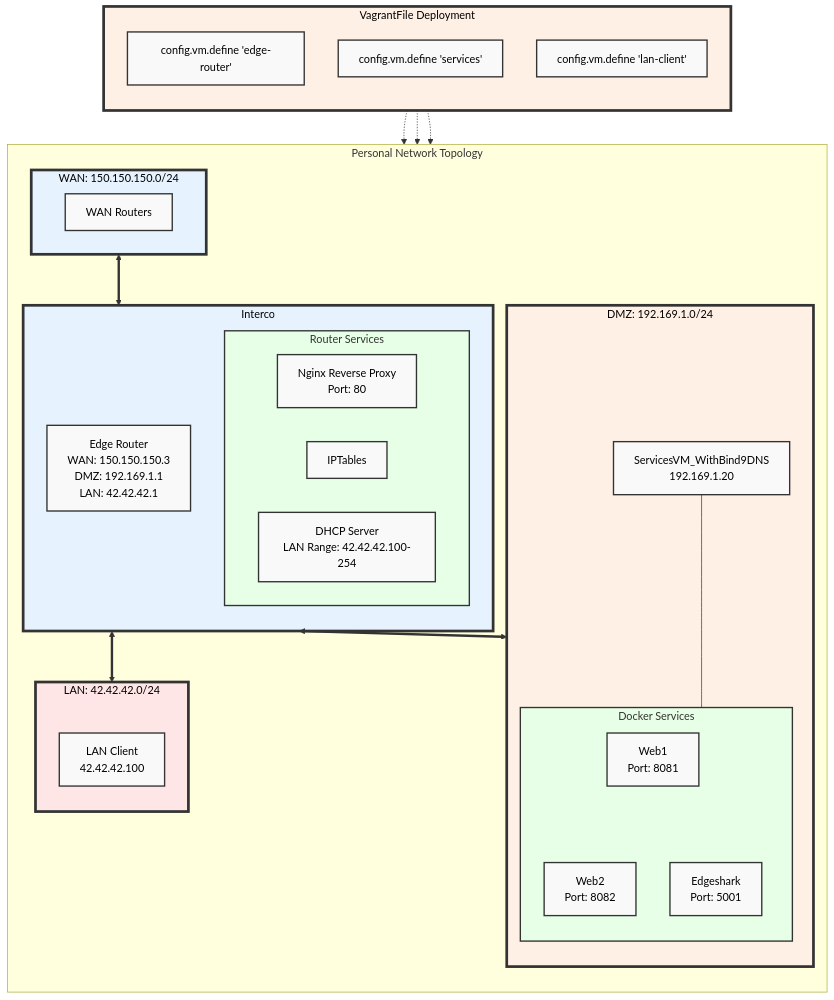
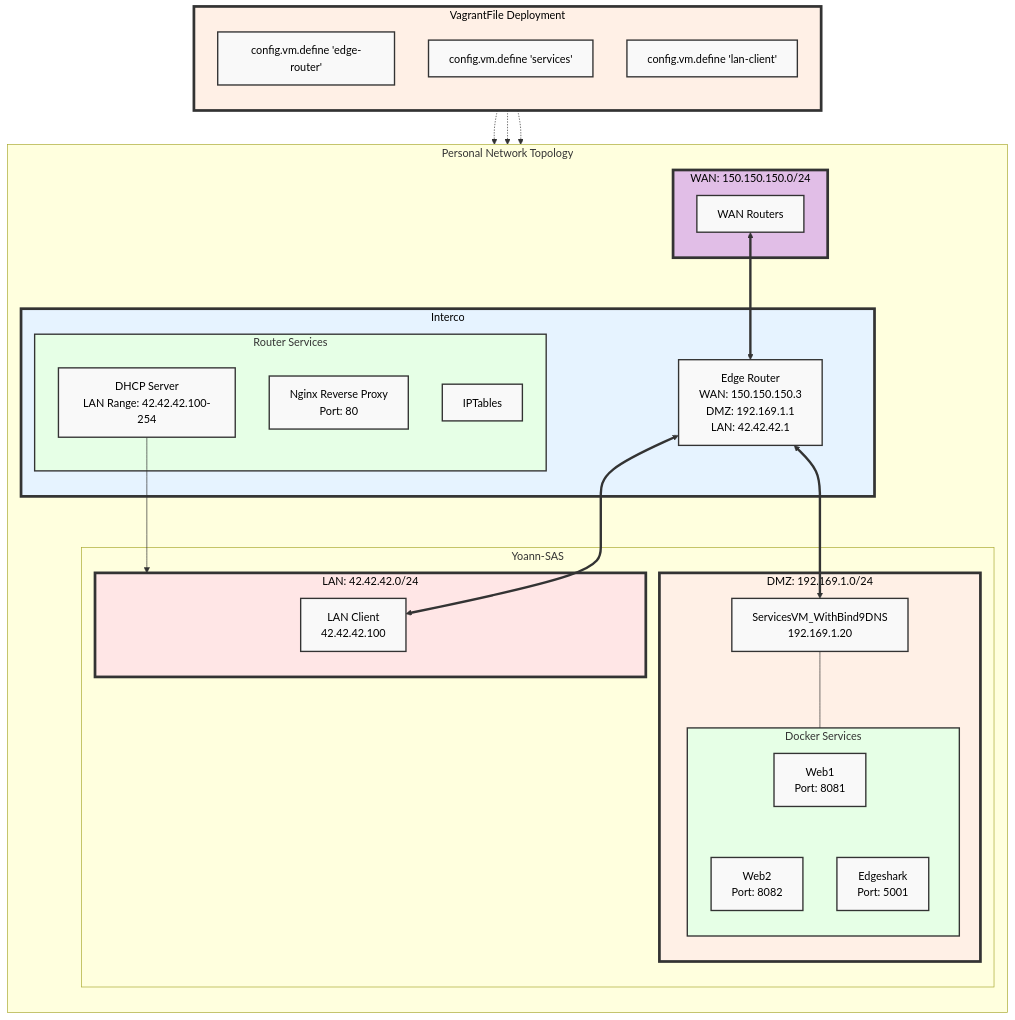
Before and after one commit to P4C-M4N/projet_reseau: the diagram in README-Yoann.md, drawn with Mermaid.

````diff
--- a/README-Yoann.md
+++ b/README-Yoann.md
@@ -5,60 +5,69 @@
 ```mermaid
-graph TB
-    subgraph VagrantFile[VagrantFile Deployment]
-        direction TB
-        style VagrantFile fill:#fff0e6,stroke:#333,stroke-width:4px
-        VF1["config.vm.define 'edge-router'"]
-        VF2["config.vm.define 'services'"]
-        VF3["config.vm.define 'lan-client'"]
-    end
-
-    subgraph PersonalNetwork[Personal Network Topology]
-        direction TB
-        subgraph WAN[WAN: 150.150.150.0/24]
-            style WAN fill:#e6f3ff,stroke:#333,stroke-width:4px
-            WANRouter[WAN Routers]
-        end
-
-        subgraph Interco[Interco]
-            style Interco fill:#e6f3ff,stroke:#333,stroke-width:4px
-            EdgeRouter[Edge Router<br>WAN: 150.150.150.3<br>DMZ: 192.169.1.1<br>LAN: 42.42.42.1]
-            subgraph RouterServices[Router Services]
-                style RouterServices fill:#e6ffe6,stroke:#333,stroke-width:2px
-                NginxProxy["Nginx Reverse Proxy<br>Port: 80"]
-                IPTables["IPTables"]
-                DHCP["DHCP Server<br>LAN Range: 42.42.42.100-254"]
-            end
-        end
-
-        subgraph DMZ[DMZ: 192.169.1.0/24]
-            style DMZ fill:#fff0e6,stroke:#333,stroke-width:4px
-            Services[ServicesVM_WithBind9DNS<br>192.169.1.20]
-            subgraph DockerServices[Docker Services]
-                style DockerServices fill:#e6ffe6,stroke:#333,stroke-width:2px
-                Web1["Web1<br>Port: 8081"]
-                Web2["Web2<br>Port: 8082"]
-                Edgeshark["Edgeshark<br>Port: 5001"]
-            end
-        end
-
-        subgraph LAN[LAN: 42.42.42.0/24]
-            style LAN fill:#ffe6e6,stroke:#333,stroke-width:4px
-            Client[LAN Client<br>42.42.42.100]
-        end
-    end
-
-    WAN <==> Interco
-    Interco <==> LAN
-    Interco <==> DMZ
+flowchart TB
+ subgraph VagrantFile["VagrantFile Deployment"]
+    direction TB
+        VF1@{ label: "config.vm.define 'edge-router'" }
+        VF2@{ label: "config.vm.define 'services'" }
+        VF3@{ label: "config.vm.define 'lan-client'" }
+  end
+ subgraph WAN["WAN: 150.150.150.0/24"]
+        WANRouter["WAN Routers"]
+  end
+ subgraph RouterServices["Router Services"]
+        NginxProxy["Nginx Reverse Proxy<br>Port: 80"]
+        IPTables["IPTables"]
+        DHCP["DHCP Server<br>LAN Range: 42.42.42.100-254"]
+  end
+ subgraph Interco["Interco"]
+        EdgeRouter["Edge Router<br>WAN: 150.150.150.3<br>DMZ: 192.169.1.1<br>LAN: 42.42.42.1"]
+        RouterServices
+  end
+ subgraph DockerServices["Docker Services"]
+        Web1["Web1<br>Port: 8081"]
+        Web2["Web2<br>Port: 8082"]
+        Edgeshark["Edgeshark<br>Port: 5001"]
+  end
+ subgraph DMZ["DMZ: 192.169.1.0/24"]
+        Services["ServicesVM_WithBind9DNS<br>192.169.1.20"]
+        DockerServices
+  end
+ subgraph LAN["LAN: 42.42.42.0/24"]
+        Client["LAN Client<br>42.42.42.100"]
+  end
+ subgraph s1["Yoann-SAS"]
+        DMZ
+        LAN
+  end
+ subgraph PersonalNetwork["Personal Network Topology"]
+    direction TB
+        WAN
+        Interco
+        s1
+  end
+    WANRouter <==> EdgeRouter
+    EdgeRouter <==> Client & Services
     Services --- DockerServices
     DockerServices --- Web1 & Web2 & Edgeshark
     VF1 -.-> EdgeRouter
     VF2 -.-> Services
     VF3 -.-> Client
+    DHCP --> LAN
 
-    classDef default fill:#f9f9f9,stroke:#333,stroke-width:2px,color:black;
-    classDef vagrantFile fill:#fff0e6,stroke:#333,stroke-width:4px,color:black;
-    
-    class DMZ,LAN,WAN default;
-    class VagrantFile,Interco default;
+    VF1@{ shape: rect}
+    VF2@{ shape: rect}
+    VF3@{ shape: rect}
+     DMZ:::default
+     LAN:::default
+     WAN:::default
+     Interco:::default
+     VagrantFile:::default
+    classDef default fill:#f9f9f9,stroke:#333,stroke-width:2px,color:black
+    classDef vagrantFile fill:#fff0e6,stroke:#333,stroke-width:4px,color:black
+    style RouterServices fill:#e6ffe6,stroke:#333,stroke-width:2px
+    style DockerServices fill:#e6ffe6,stroke:#333,stroke-width:2px
+    style DMZ fill:#fff0e6,stroke:#333,stroke-width:4px
+    style LAN fill:#ffe6e6,stroke:#333,stroke-width:4px
+    style WAN fill:#E1BEE7,stroke:#333,stroke-width:4px
+    style Interco fill:#e6f3ff,stroke:#333,stroke-width:4px
+    style VagrantFile fill:#fff0e6,stroke:#333,stroke-width:4px
 ```
````
